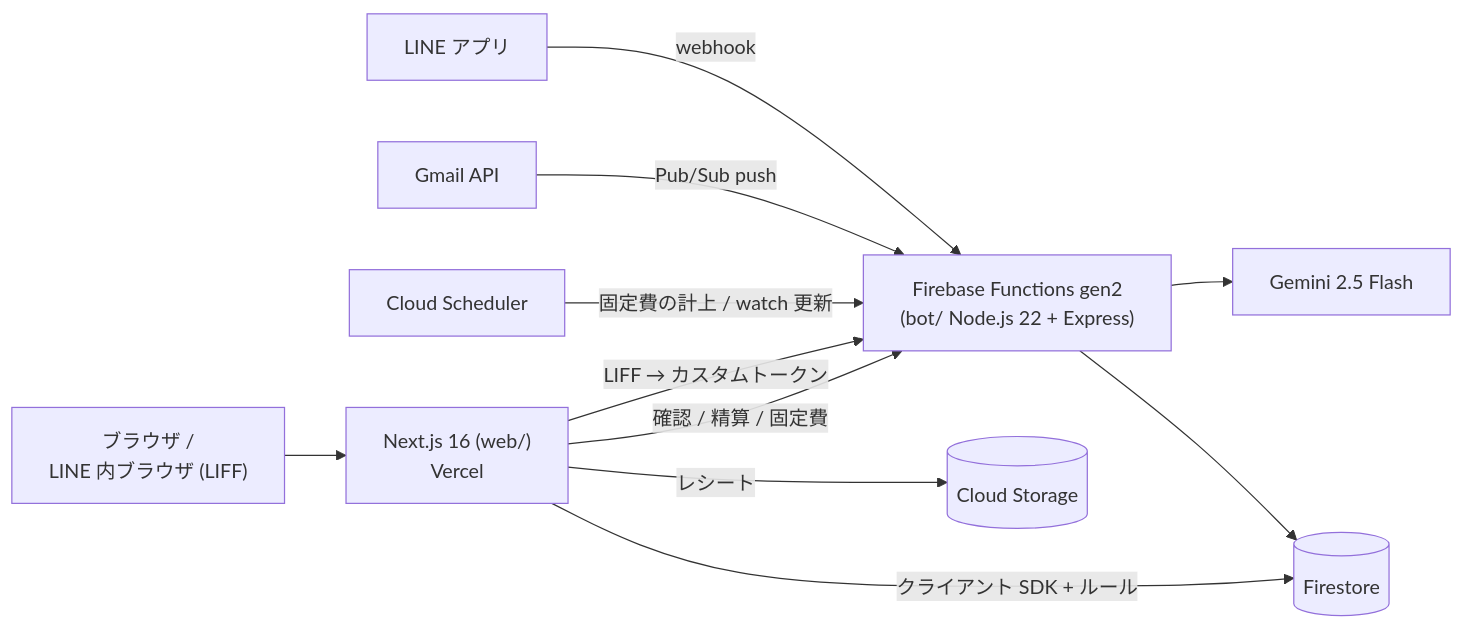
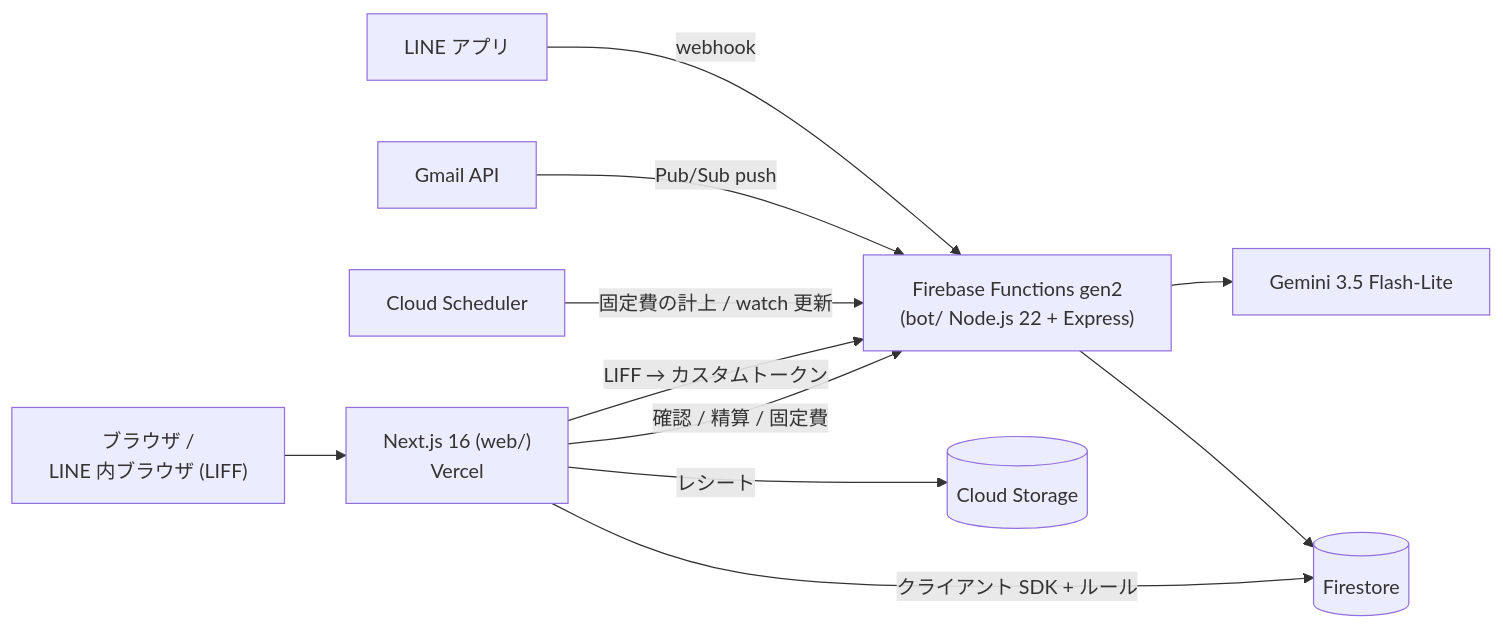
One commit to Makoto041/line-kakeibo changed the diagram in README.md. Above: the diagram before and after it, drawn with Mermaid. The commit also changed other lines of this file and 13 other files, not shown here.

First line of the commit message:
feat(bot): Gmail 取込の店名は Gemini を優先して分類し、Gemini を 3.5 Flash-Lite と新 SDK に移行する (#202)

````diff
--- a/README.md
+++ b/README.md
@@ -55,13 +55,13 @@
 ```mermaid
 flowchart LR
     LINE["LINE アプリ"] -->|webhook| Bot["Firebase Functions gen2<br/>(bot/ Node.js 22 + Express)"]
     Gmail["Gmail API"] -->|Pub/Sub push| Bot
     Cron["Cloud Scheduler"] -->|固定費の計上 / watch 更新| Bot
-    Bot --> Gemini["Gemini 2.5 Flash"]
+    Bot --> Gemini["Gemini 3.5 Flash-Lite"]
     Bot --> FS[("Firestore")]
     Browser["ブラウザ /<br/>LINE 内ブラウザ (LIFF)"] --> Web["Next.js 16 (web/)<br/>Vercel"]
     Web -->|LIFF → カスタムトークン| Bot
     Web -->|クライアント SDK + ルール| FS
     Web -->|レシート| ST[("Cloud Storage")]
     Web -->|確認 / 精算 / 固定費| Bot
 ```
````
